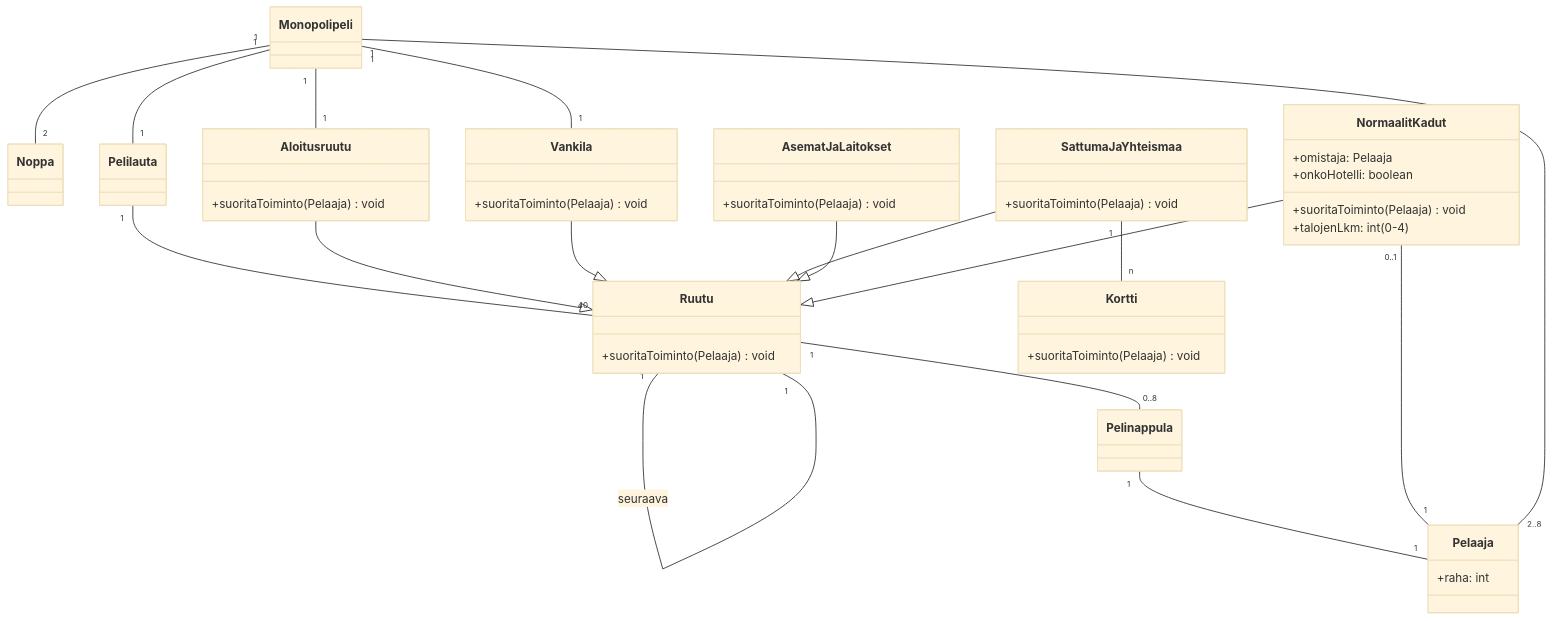
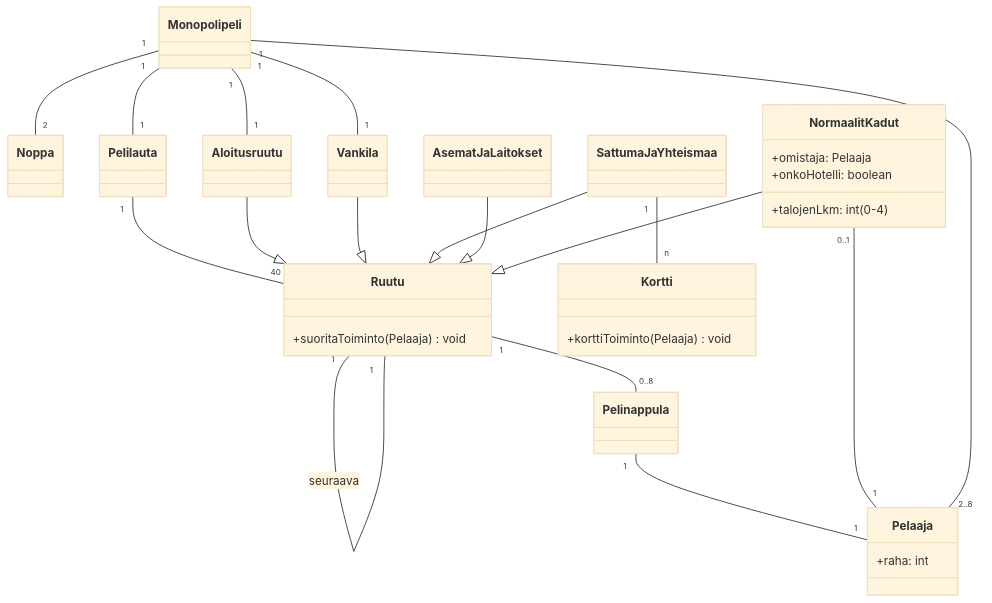
The diagram in laskarit/viikko3/monopoli.md (erikpeik/ot-harjoitustyo), drawn with Mermaid (base theme) before and after one commit. The commit also changed 1 other file, not shown here.

Commit message:
Viikko 3: Laskareiden viimeistely

````diff
--- a/laskarit/viikko3/monopoli.md
+++ b/laskarit/viikko3/monopoli.md
@@ -3,58 +3,38 @@
 ```mermaid
  classDiagram
     Monopolipeli "1" -- "2" Noppa
     Monopolipeli "1" -- "1" Pelilauta
     Pelilauta "1" -- "40" Ruutu
     Ruutu "1" -- "1" Ruutu : seuraava
     Ruutu "1" -- "0..8" Pelinappula
     Pelinappula "1" -- "1" Pelaaja
     Pelaaja "2..8" -- "1" Monopolipeli
     Monopolipeli "1" -- "1" Aloitusruutu
     Aloitusruutu --|> Ruutu
     Vankila --|> Ruutu
     SattumaJaYhteismaa --|> Ruutu
     AsematJaLaitokset --|> Ruutu
     NormaalitKadut --|> Ruutu
     Monopolipeli "1" -- "1" Vankila
     SattumaJaYhteismaa "1" -- "n" Kortti
     NormaalitKadut "0..1" -- "1" Pelaaja
 
 
     class Ruutu {
         +suoritaToiminto(Pelaaja) void
     }
 
-    class Aloitusruutu {
-        +suoritaToiminto(Pelaaja) void
-    }
-
-    class Vankila {
-        +suoritaToiminto(Pelaaja) void
-    }
-
-    class SattumaJaYhteismaa {
-        +suoritaToiminto(Pelaaja) void
-    }
-
-    class AsematJaLaitokset {
-        +suoritaToiminto(Pelaaja) void
-    }
-
-    class NormaalitKadut {
-        +suoritaToiminto(Pelaaja) void
-    }
-
-    class Kortti {
-        +suoritaToiminto(Pelaaja) void
-    }
-
     class NormaalitKadut {
         +omistaja: Pelaaja
         +talojenLkm: int (0-4)
         +onkoHotelli: boolean
     }
 
     class Pelaaja {
         +raha: int
     }
+
+    class Kortti {
+        +korttiToiminto(Pelaaja) void
+    }
 ```
````
